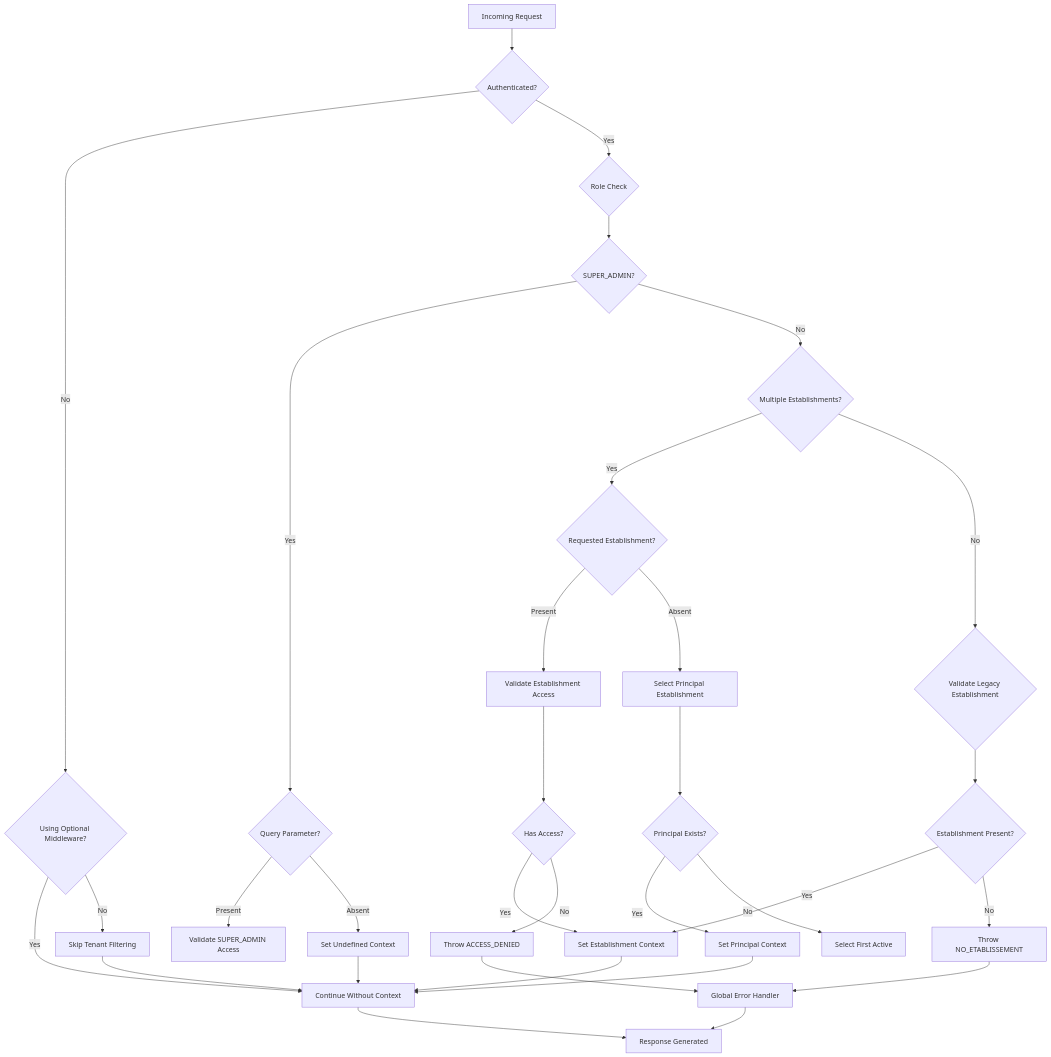
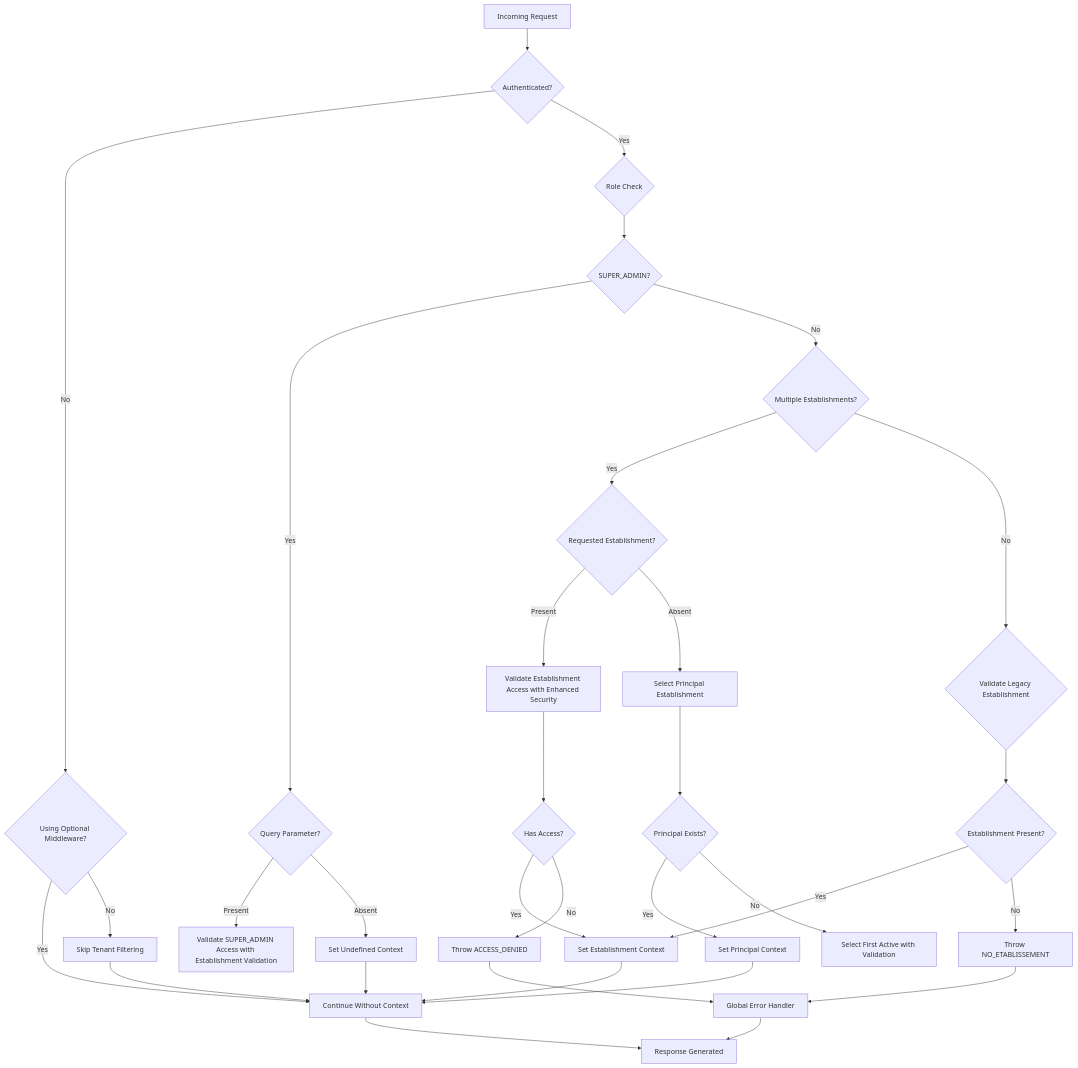
One commit to franckylab/eLISAschool changed the sixth of 6 diagrams in .qoder/repowiki/en/content/Modules & Features/Administrative Modules/Security & Governance/Tenant Middleware.md. Above: the diagram before and after it, drawn with Mermaid. The commit also changed other lines of this file and 84 other files, not shown here.

````diff
--- a/.qoder/repowiki/en/content/Modules & Features/Administrative Modules/Security & Governance/Tenant Middleware.md
+++ b/.qoder/repowiki/en/content/Modules & Features/Administrative Modules/Security & Governance/Tenant Middleware.md
@@ -539,34 +666,34 @@
 ```mermaid
 flowchart TD
 Request[Incoming Request] --> AuthCheck{Authenticated?}
 AuthCheck --> |No| OptionalMode{Using Optional Middleware?}
 AuthCheck --> |Yes| RoleCheck{Role Check}
 OptionalMode --> |Yes| Continue[Continue Without Context]
 OptionalMode --> |No| SkipFilter[Skip Tenant Filtering]
 RoleCheck --> SuperAdmin{SUPER_ADMIN?}
 SuperAdmin --> |Yes| QueryParam{Query Parameter?}
 SuperAdmin --> |No| MultiEstablishments{Multiple Establishments?}
-QueryParam --> |Present| ValidateSuperAdminAccess[Validate SUPER_ADMIN Access]
+QueryParam --> |Present| ValidateSuperAdminAccess[Validate SUPER_ADMIN Access with Establishment Validation]
 QueryParam --> |Absent| SetUndefined[Set Undefined Context]
 MultiEstablishments --> |Yes| CheckRequestedId{Requested Establishment?}
 MultiEstablishments --> |No| ValidateLegacyEstablishment{Validate Legacy Establishment}
-CheckRequestedId --> |Present| ValidateEstablishmentAccess[Validate Establishment Access]
+CheckRequestedId --> |Present| ValidateEstablishmentAccess[Validate Establishment Access with Enhanced Security]
 CheckRequestedId --> |Absent| SelectPrincipalEstablishment[Select Principal Establishment]
 ValidateEstablishmentAccess --> HasAccess{Has Access?}
 HasAccess --> |Yes| SetContext[Set Establishment Context]
 HasAccess --> |No| ThrowAccessDenied[Throw ACCESS_DENIED]
 SelectPrincipalEstablishment --> HasPrincipal{Principal Exists?}
 HasPrincipal --> |Yes| SetPrincipal[Set Principal Context]
-HasPrincipal --> |No| SelectFirstActive[Select First Active]
+HasPrincipal --> |No| SelectFirstActive[Select First Active with Validation]
 ValidateLegacyEstablishment --> HasEstablishment{Establishment Present?}
 HasEstablishment --> |Yes| SetContext
 HasEstablishment --> |No| ThrowNoEstablishment[Throw NO_ETABLISSEMENT]
 SetPrincipal --> Continue
 SetContext --> Continue
 SetUndefined --> Continue
 SkipFilter --> Continue
 ThrowAccessDenied --> ErrorHandler[Global Error Handler]
 ThrowNoEstablishment --> ErrorHandler
 Continue --> Response[Response Generated]
 ErrorHandler --> Response
 ```
````
